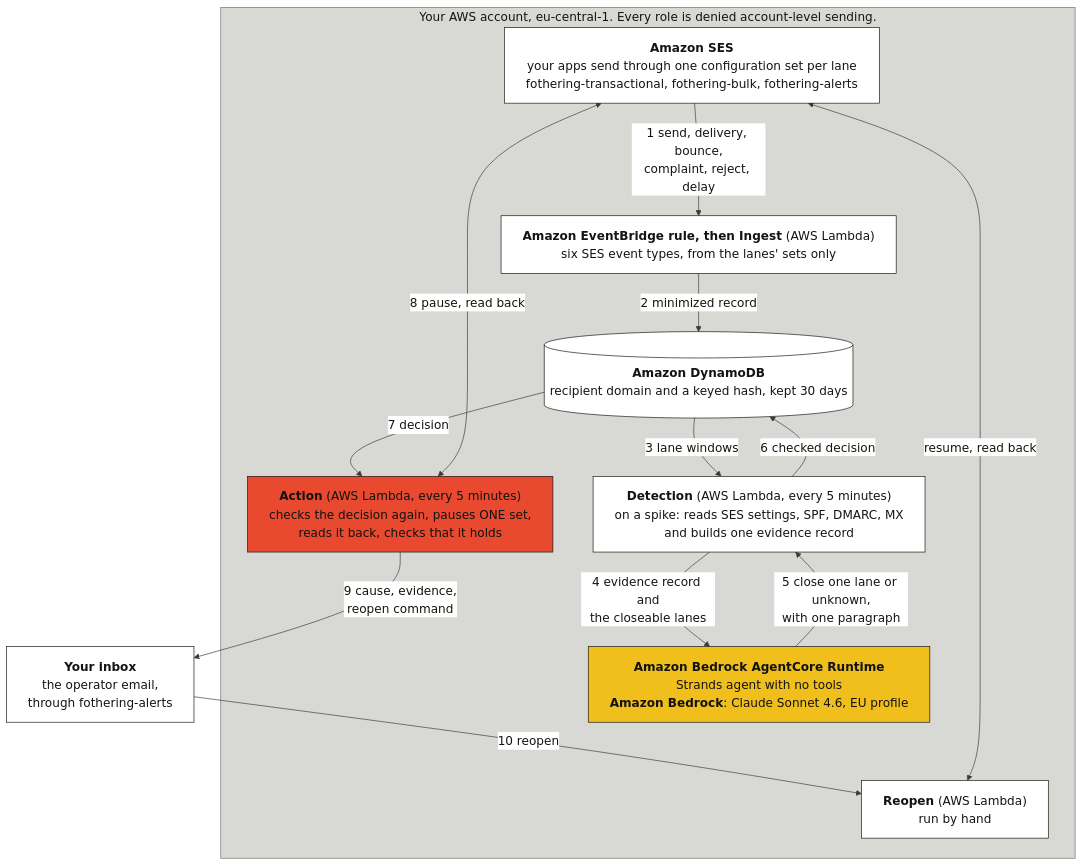
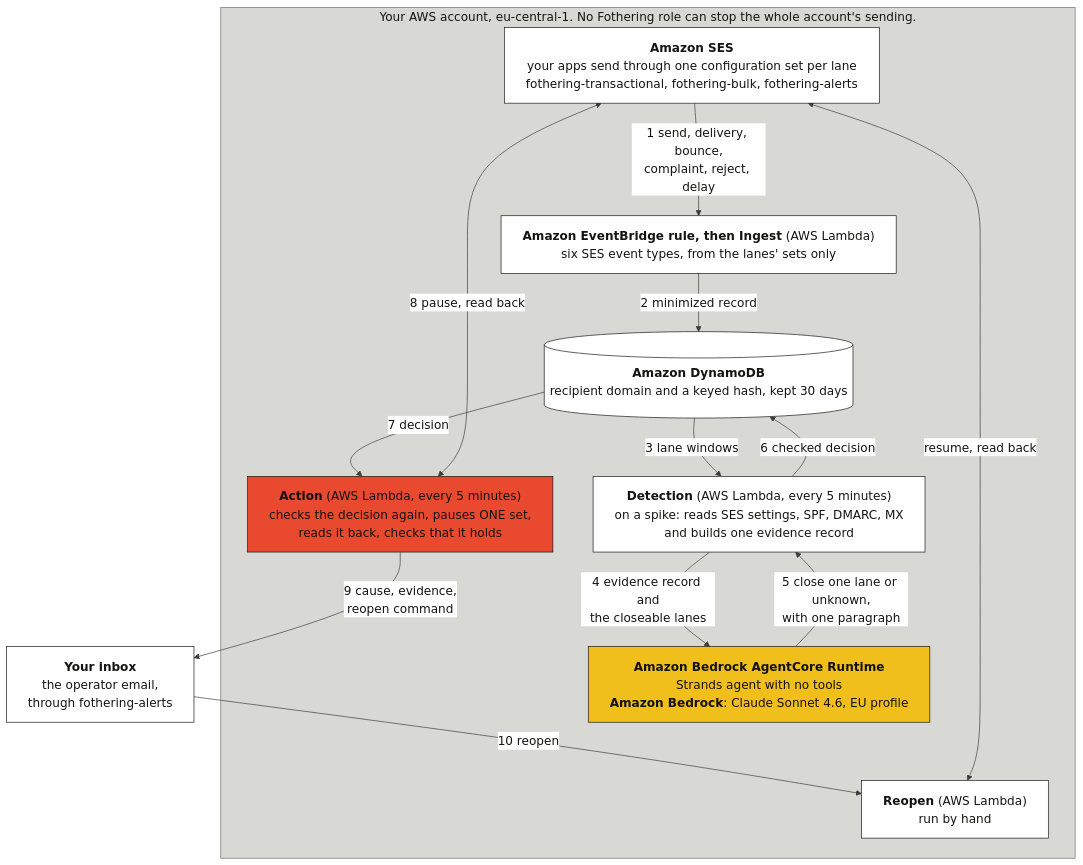
Before and after one commit to voyagi/fothering: the diagram in docs/architecture.mmd, drawn with Mermaid. The commit also changed 2 other files, not shown here.

```diff
--- a/docs/architecture.mmd
+++ b/docs/architecture.mmd
@@ -1,51 +1,51 @@
 ---
 config:
   theme: base
   fontFamily: Arial, Helvetica, sans-serif
   themeVariables:
     fontFamily: Arial, Helvetica, sans-serif
     fontSize: 18px
     primaryColor: "#FFFFFF"
     primaryTextColor: "#141413"
     primaryBorderColor: "#141413"
     lineColor: "#3B3B38"
     clusterBkg: "#D8D9D5"
     clusterBorder: "#6F706B"
     titleColor: "#141413"
     edgeLabelBackground: "#FFFFFF"
   flowchart:
     curve: basis
     padding: 16
     nodeSpacing: 60
     rankSpacing: 60
     wrappingWidth: 600
 ---
 flowchart TB
-  subgraph account["Your AWS account, eu-central-1. Every role is denied account-level sending."]
+  subgraph account["Your AWS account, eu-central-1. No Fothering role can stop the whole account's sending."]
     ses["<b>Amazon SES</b><br/>your apps send through one configuration set per lane<br/>fothering-transactional, fothering-bulk, fothering-alerts"]
     ingest["<b>Amazon EventBridge rule, then Ingest</b> (AWS Lambda)<br/>six SES event types, from the lanes' sets only"]
     table[("<b>Amazon DynamoDB</b><br/>recipient domain and a keyed hash, kept 30 days")]
     detect["<b>Detection</b> (AWS Lambda, every 5 minutes)<br/>on a spike: reads SES settings, SPF, DMARC, MX<br/>and builds one evidence record"]
     action["<b>Action</b> (AWS Lambda, every 5 minutes)<br/>checks the decision again, pauses ONE set,<br/>reads it back, checks that it holds"]
     runtime["<b>Amazon Bedrock AgentCore Runtime</b><br/>Strands agent with no tools<br/><b>Amazon Bedrock</b>: Claude Sonnet 4.6, EU profile"]
     reopen["<b>Reopen</b> (AWS Lambda)<br/>run by hand"]
   end
 
   inbox["<b>Your inbox</b><br/>the operator email,<br/>through fothering-alerts"]
 
   ses -->|"1 send, delivery, bounce,<br/>complaint, reject, delay"| ingest
   ingest -->|"2 minimized record"| table
   table -->|"3 lane windows"| detect
   detect -->|"4 evidence record and<br/>the closeable lanes"| runtime
   runtime -->|"5 close one lane or unknown,<br/>with one paragraph"| detect
   detect -->|"6 checked decision"| table
   table -->|"7 decision"| action
   ses <-->|"8 pause, read back"| action
   action -->|"9 cause, evidence,<br/>reopen command"| inbox
   inbox -->|"10 reopen"| reopen
   ses <-->|"resume, read back"| reopen
 
   classDef closer fill:#E8492F,stroke:#141413,color:#121211
   classDef thinker fill:#F1BF1B,stroke:#141413,color:#121211
   class action closer
   class runtime thinker
```
